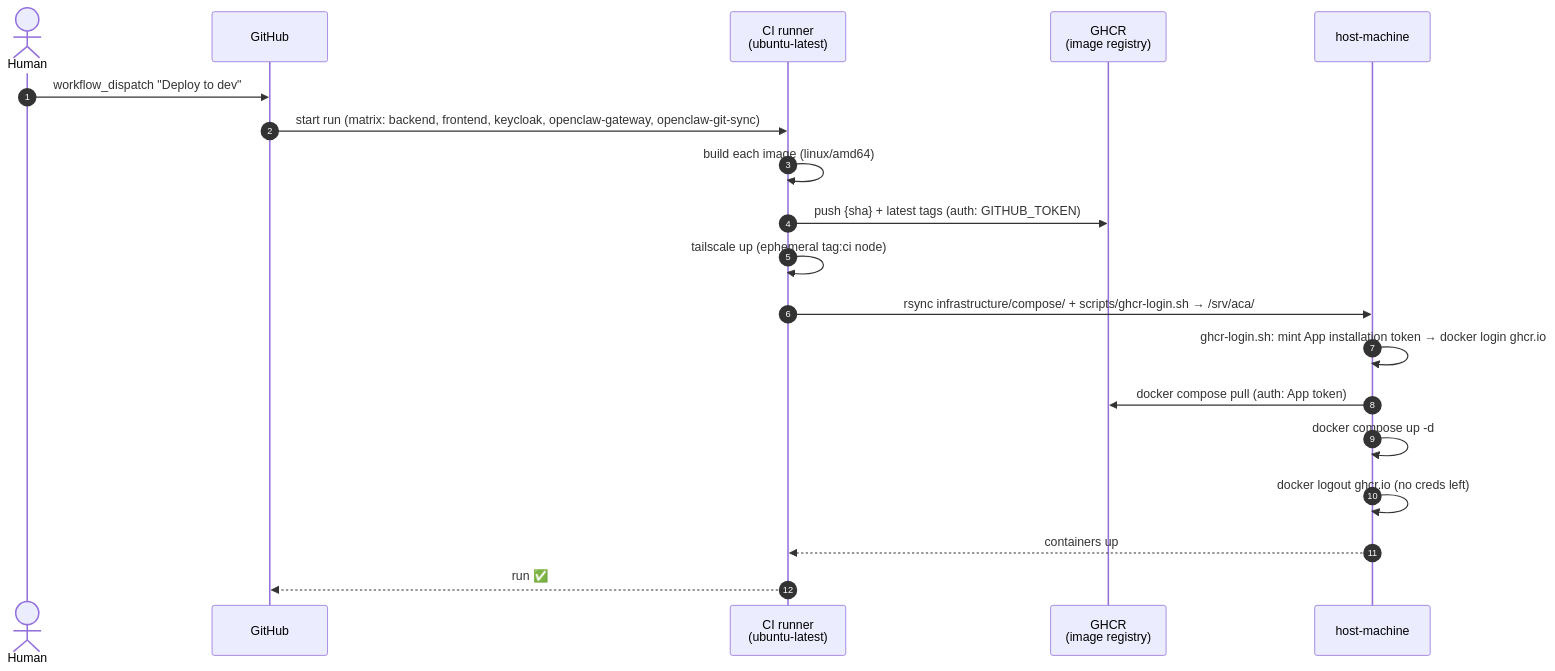
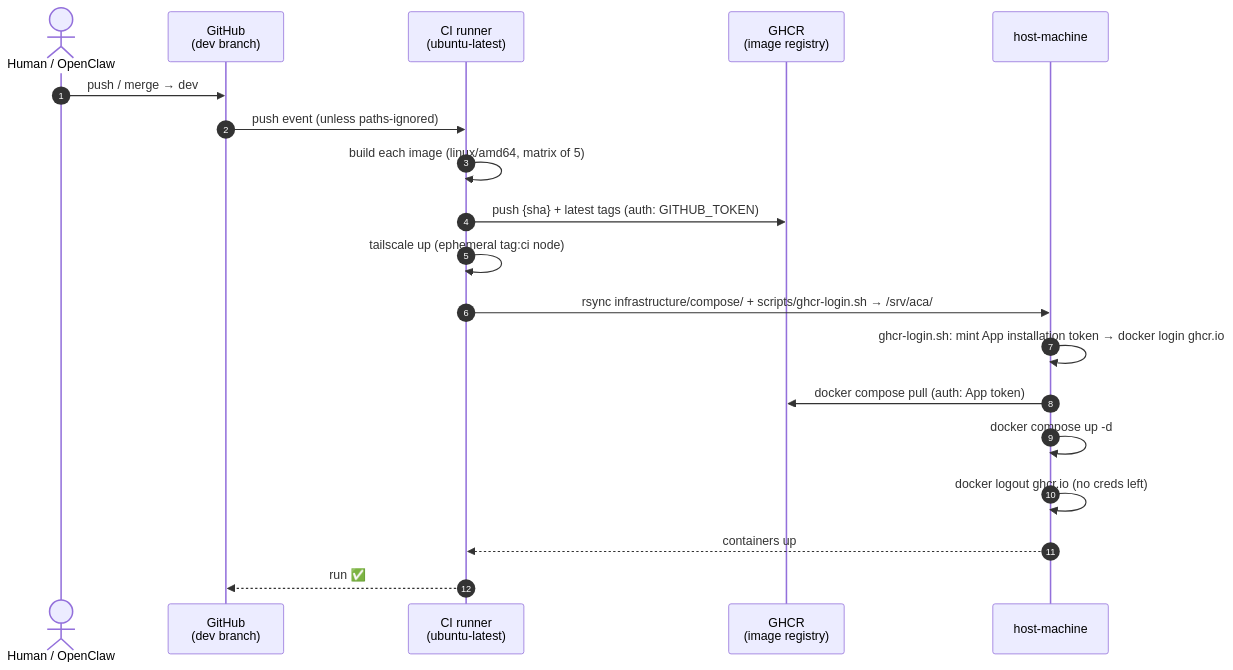
Before and after one commit to ArchiCain/automated-coding-agent: the third of 3 diagrams in infrastructure/.docs/ecosystem.md, drawn with Mermaid. The commit also changed other lines of this file and 5 other files, not shown here.

First line of the commit message:
Auto-deploy to host-machine on push/merge to dev

````diff
--- a/infrastructure/.docs/ecosystem.md
+++ b/infrastructure/.docs/ecosystem.md
@@ -97,22 +103,22 @@
 ```mermaid
 sequenceDiagram
   autonumber
-  actor Human
-  participant GH as GitHub
+  actor Human as Human / OpenClaw
+  participant GH as GitHub<br/>(dev branch)
   participant CI as CI runner<br/>(ubuntu-latest)
   participant GHCR as GHCR<br/>(image registry)
   participant Host as host-machine
 
-  Human->>GH: workflow_dispatch "Deploy to dev"
-  GH->>CI: start run (matrix: backend, frontend, keycloak, openclaw-gateway, openclaw-git-sync)
-  CI->>CI: build each image (linux/amd64)
+  Human->>GH: push / merge → dev
+  GH->>CI: push event (unless paths-ignored)
+  CI->>CI: build each image (linux/amd64, matrix of 5)
   CI->>GHCR: push {sha} + latest tags (auth: GITHUB_TOKEN)
   CI->>CI: tailscale up (ephemeral tag:ci node)
   CI->>Host: rsync infrastructure/compose/ + scripts/ghcr-login.sh → /srv/aca/
   Host->>Host: ghcr-login.sh: mint App installation token → docker login ghcr.io
   Host->>GHCR: docker compose pull (auth: App token)
   Host->>Host: docker compose up -d
   Host->>Host: docker logout ghcr.io (no creds left)
   Host-->>CI: containers up
   CI-->>GH: run ✅
 ```
````
